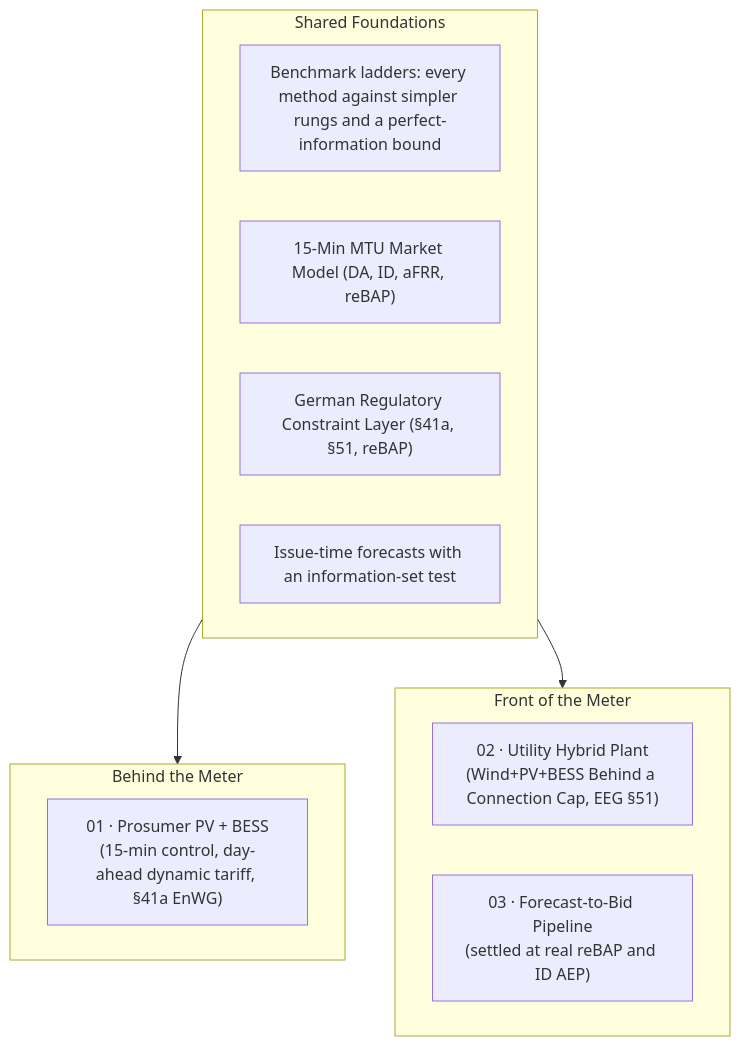
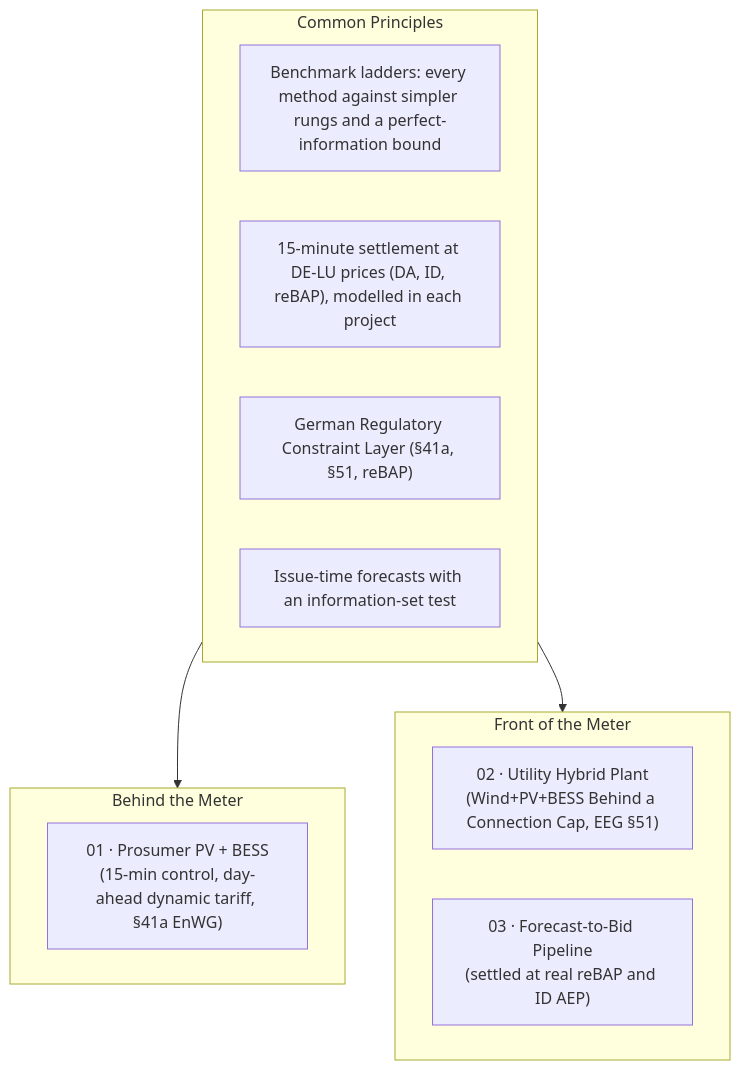
Before and after one commit to muratkus01/Portfolio: the diagram in README.md, drawn with Mermaid.

Commit message:
docs: drop aFRR from the shared market node of the README diagram
The diagram's "Shared Foundations" held a "15-Min MTU Market Model (DA,
ID, aFRR, reBAP)" and fed every project, Project 03 included. No active
project implements aFRR: grep finds it only in hybrid/config.py, where
afrr_enabled and its two settings are "declared for planned aFRR
extension; not yet active", and the Project 02 README says it "is not
yet implemented". Nor is the market model shared: each project settles
in its own code, as docs/05 now says. The node lists the prices the
projects settle at and says each project models them; the subgraph is
renamed "Common Principles" so it does not read as shared code.

The "Focus Markets" line still names FCR/aFRR balancing. It is left for
the Project 02 pass, which decides whether aFRR gets built.

````diff
--- a/README.md
+++ b/README.md
@@ -45,21 +45,21 @@
 ```mermaid
 flowchart TB
-    subgraph FOUND["Shared Foundations"]
+    subgraph FOUND["Common Principles"]
         F1["Benchmark ladders: every method against simpler rungs and a perfect-information bound"]
-        F2["15-Min MTU Market Model (DA, ID, aFRR, reBAP)"]
+        F2["15-minute settlement at DE-LU prices (DA, ID, reBAP), modelled in each project"]
         F3["German Regulatory Constraint Layer (§41a, §51, reBAP)"]
         F4["Issue-time forecasts with an information-set test"]
     end
 
     subgraph BTM["Behind the Meter"]
         P1["01 · Prosumer PV + BESS<br/>(15-min control, day-ahead dynamic tariff, §41a EnWG)"]
     end
 
     subgraph FTM["Front of the Meter"]
         P5["02 · Utility Hybrid Plant<br/>(Wind+PV+BESS Behind a Connection Cap, EEG §51)"]
         P6["03 · Forecast-to-Bid Pipeline<br/>(settled at real reBAP and ID AEP)"]
     end
 
     FOUND --> BTM
     FOUND --> FTM
 ```
````
